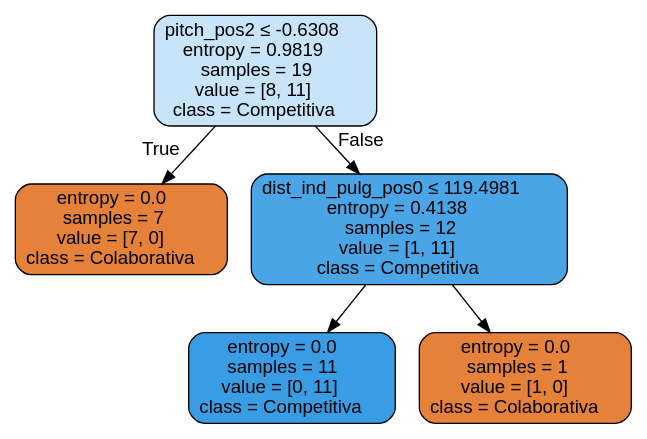
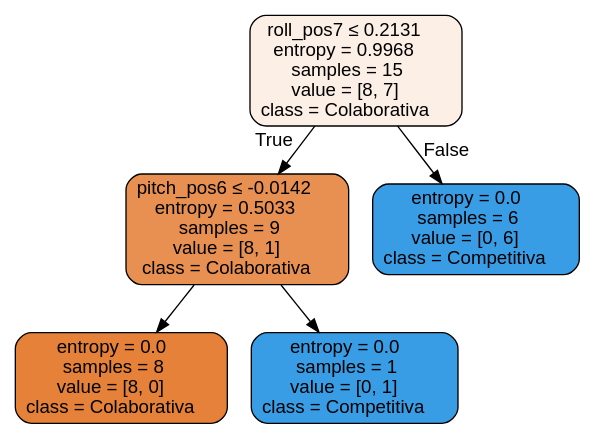
One commit to gsiriani/kinect changed the diagram in arbol.dot. Above: the diagram before and after it, drawn with Graphviz. The commit also changed 5 other files, not shown here.

```diff
--- a/arbol.dot
+++ b/arbol.dot
@@ -1,13 +1,13 @@
 digraph Tree {
 node [shape=box, style="filled, rounded", color="black", fontname=helvetica] ;
 edge [fontname=helvetica] ;
-0 [label=<pitch_pos2 &le; -0.6308<br/>entropy = 0.9819<br/>samples = 19<br/>value = [8, 11]<br/>class = Competitiva>, fillcolor="#399de546"] ;
-1 [label=<entropy = 0.0<br/>samples = 7<br/>value = [7, 0]<br/>class = Colaborativa>, fillcolor="#e58139ff"] ;
+0 [label=<roll_pos7 &le; 0.2131<br/>entropy = 0.9968<br/>samples = 15<br/>value = [8, 7]<br/>class = Colaborativa>, fillcolor="#e5813920"] ;
+1 [label=<pitch_pos6 &le; -0.0142<br/>entropy = 0.5033<br/>samples = 9<br/>value = [8, 1]<br/>class = Colaborativa>, fillcolor="#e58139df"] ;
 0 -> 1 [labeldistance=2.5, labelangle=45, headlabel="True"] ;
-2 [label=<dist_ind_pulg_pos0 &le; 119.4981<br/>entropy = 0.4138<br/>samples = 12<br/>value = [1, 11]<br/>class = Competitiva>, fillcolor="#399de5e8"] ;
-0 -> 2 [labeldistance=2.5, labelangle=-45, headlabel="False"] ;
-3 [label=<entropy = 0.0<br/>samples = 11<br/>value = [0, 11]<br/>class = Competitiva>, fillcolor="#399de5ff"] ;
-2 -> 3 ;
-4 [label=<entropy = 0.0<br/>samples = 1<br/>value = [1, 0]<br/>class = Colaborativa>, fillcolor="#e58139ff"] ;
-2 -> 4 ;
+2 [label=<entropy = 0.0<br/>samples = 8<br/>value = [8, 0]<br/>class = Colaborativa>, fillcolor="#e58139ff"] ;
+1 -> 2 ;
+3 [label=<entropy = 0.0<br/>samples = 1<br/>value = [0, 1]<br/>class = Competitiva>, fillcolor="#399de5ff"] ;
+1 -> 3 ;
+4 [label=<entropy = 0.0<br/>samples = 6<br/>value = [0, 6]<br/>class = Competitiva>, fillcolor="#399de5ff"] ;
+0 -> 4 [labeldistance=2.5, labelangle=-45, headlabel="False"] ;
 }
```
